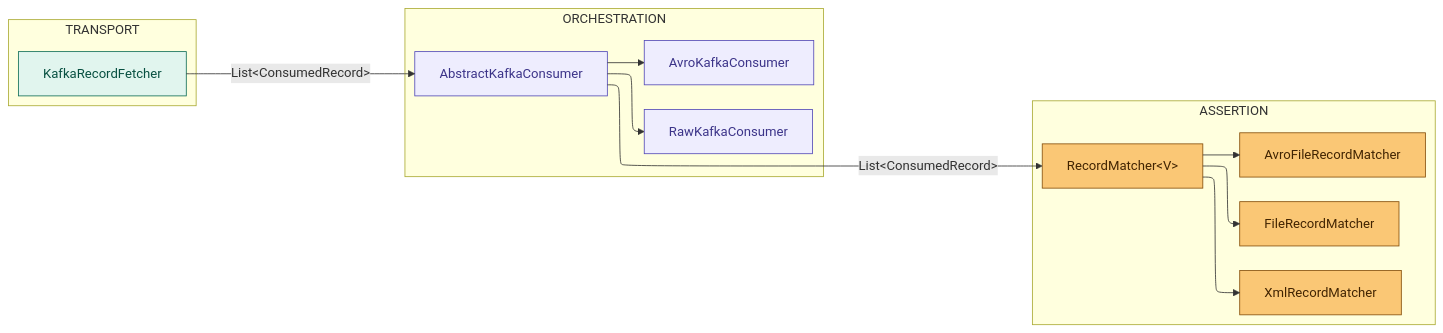
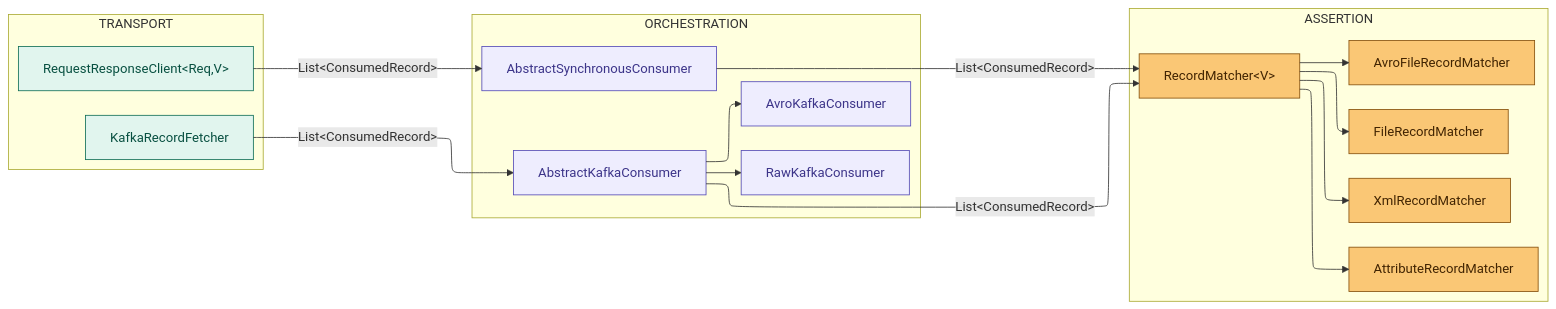
One commit to ktestify/ktestify-doc changed the first of 2 diagrams in docs/extend/architecture.mdx. Above: the diagram before and after it, drawn with Mermaid. The commit also changed other lines of this file and 5 other files, not shown here.

````diff
--- a/docs/extend/architecture.mdx
+++ b/docs/extend/architecture.mdx
@@ -11,39 +13,45 @@
 ```mermaid
 ---
 config:
   layout: elk
 ---
 flowchart LR
     subgraph TRANSPORT
         A[KafkaRecordFetcher]
+        A2[RequestResponseClient&lt;Req,V&gt;]
     end
 
     subgraph ORCHESTRATION
         B[AbstractKafkaConsumer]
         C[RawKafkaConsumer]
         D[AvroKafkaConsumer]
+        B2[AbstractSynchronousConsumer]
     end
 
     subgraph ASSERTION
         E[RecordMatcher&lt;V&gt;]
         F[FileRecordMatcher]
         G[XmlRecordMatcher]
         H[AvroFileRecordMatcher]
+        I[AttributeRecordMatcher]
     end
 
     A -->|List&lt;ConsumedRecord&gt;| B
     B --> C
     B --> D
     B -->|List&lt;ConsumedRecord&gt;| E
+    A2 -->|List&lt;ConsumedRecord&gt;| B2
+    B2 -->|List&lt;ConsumedRecord&gt;| E
     E --> F
     E --> G
     E --> H
+    E --> I
 
     classDef transport fill:#E1F5EE,stroke:#0F6E56,color:#085041
     classDef orchestration fill:#EEEDFE,stroke:#534AB7,color:#3C3489
     classDef assertion fill:#FAC775,stroke:#854F0B,color:#412402
 
-    class A transport
-    class B,C,D orchestration
-    class E,F,G,H assertion
+    class A,A2 transport
+    class B,C,D,B2 orchestration
+    class E,F,G,H,I assertion
 ```
````
